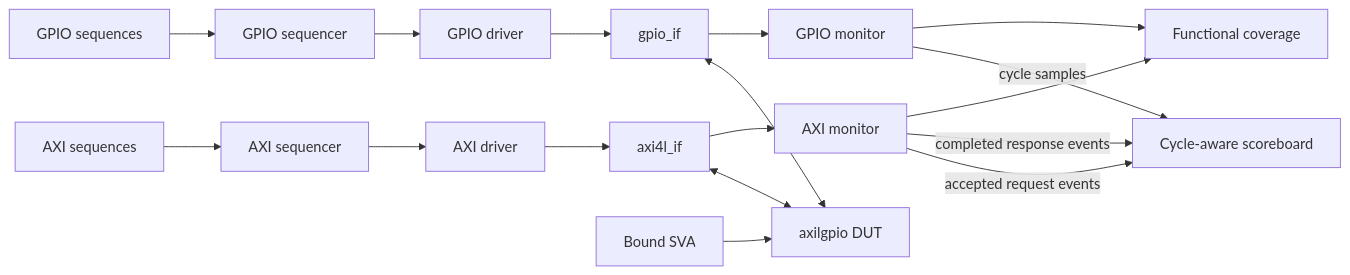
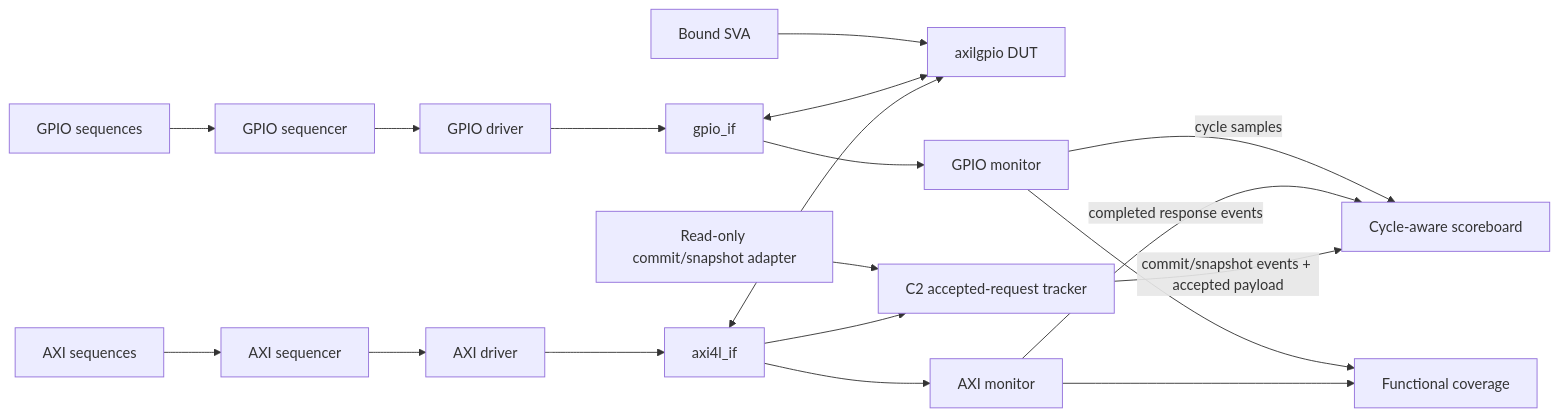
Before and after one commit to caijiagengpeter/AXI4_Lite_GPIO_UVM_Verification: the diagram in README.md, drawn with Mermaid. The commit also changed other lines of this file and 14 other files, not shown here.

````diff
--- a/README.md
+++ b/README.md
@@ -52,17 +52,19 @@
 ```mermaid
 flowchart LR
     AXIS[AXI sequences] --> AXIQ[AXI sequencer] --> AXID[AXI driver]
     GPIOS[GPIO sequences] --> GPIOQ[GPIO sequencer] --> GPIOD[GPIO driver]
     AXID --> AXIF[axi4l_if]
     GPIOD --> GPIOIF[gpio_if]
     AXIF <--> DUT[axilgpio DUT]
     GPIOIF <--> DUT
     AXIF --> AXIM[AXI monitor]
+    AXIF --> C2M[C2 accepted-request tracker]
+    ADAPTER[Read-only commit/snapshot adapter] --> C2M
     GPIOIF --> GPIOM[GPIO monitor]
-    AXIM -->|accepted request events| SCB[Cycle-aware scoreboard]
+    C2M -->|commit/snapshot events + accepted payload| SCB[Cycle-aware scoreboard]
     AXIM -->|completed response events| SCB
     GPIOM -->|cycle samples| SCB
     AXIM --> COV[Functional coverage]
     GPIOM --> COV
     SVA[Bound SVA] --> DUT
 ```
````
